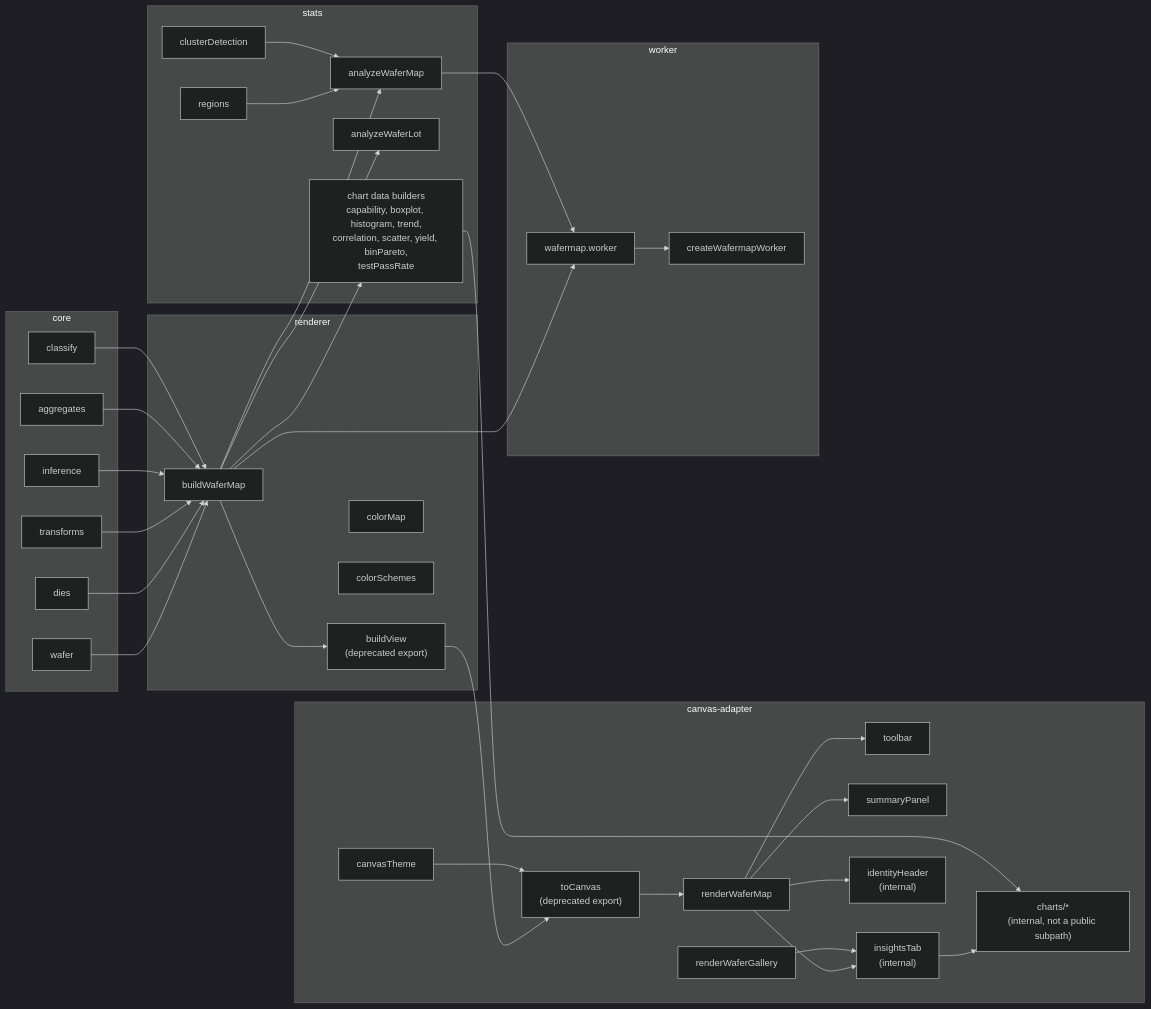
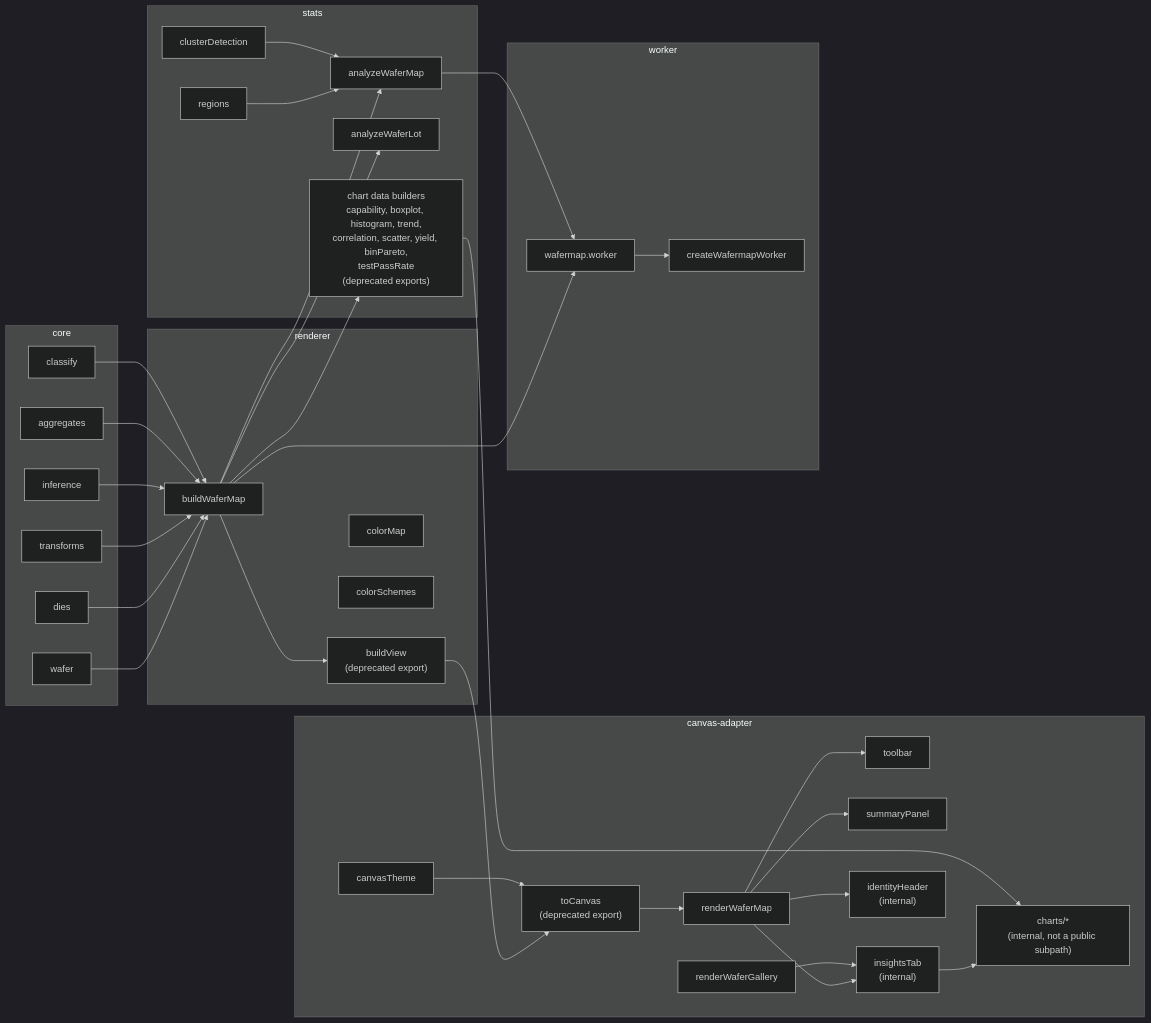
The second of 5 diagrams in docs/architecture.md (wafertools/wafermap), drawn with Mermaid (dark theme) before and after one commit. The commit also changed other lines of this file and 115 other files, not shown here.

````diff
--- a/docs/architecture.md
+++ b/docs/architecture.md
@@ -59,72 +59,72 @@
 ```mermaid
 graph LR
     subgraph Core[core]
         core1["wafer"]
         core2["dies"]
         core3["transforms"]
         core4["inference"]
         core5["aggregates"]
         core6["classify"]
     end
 
     subgraph Renderer[renderer]
         r1["buildWaferMap"]
         r2["buildView<br/>(deprecated export)"]
         r3["colorMap"]
         r4["colorSchemes"]
     end
 
     subgraph Canvas[canvas-adapter]
         c1["renderWaferMap"]
         c2["renderWaferGallery"]
         c3["toCanvas<br/>(deprecated export)"]
         c4["toolbar"]
         c5["summaryPanel"]
         c6["canvasTheme"]
         c7["insightsTab<br/>(internal)"]
         c8["charts/*<br/>(internal, not a public subpath)"]
         c9["identityHeader<br/>(internal)"]
     end
 
     subgraph Stats[stats]
         s1["analyzeWaferMap"]
         s2["analyzeWaferLot"]
         s3["regions"]
         s4["clusterDetection"]
-        s5["chart data builders<br/>capability, boxplot, histogram, trend,<br/>correlation, scatter, yield, binPareto,<br/>testPassRate"]
+        s5["chart data builders<br/>capability, boxplot, histogram, trend,<br/>correlation, scatter, yield, binPareto,<br/>testPassRate<br/>(deprecated exports)"]
     end
 
     subgraph Worker[worker]
         w1["wafermap.worker"]
         w2["createWafermapWorker"]
     end
 
     core1 --> r1
     core2 --> r1
     core3 --> r1
     core4 --> r1
     core5 --> r1
     core6 --> r1
 
     r1 --> r2
     r2 --> c3
     c6 --> c3
     c3 --> c1
     c1 --> c4
     c1 --> c5
     c1 --> c7
     c2 --> c7
     c7 --> c8
     s5 --> c8
     c1 --> c9
 
     r1 --> s1
     r1 --> s2
     r1 --> s5
     s3 --> s1
     s4 --> s1
 
     r1 --> w1
     s1 --> w1
     w1 --> w2
 ```
````
